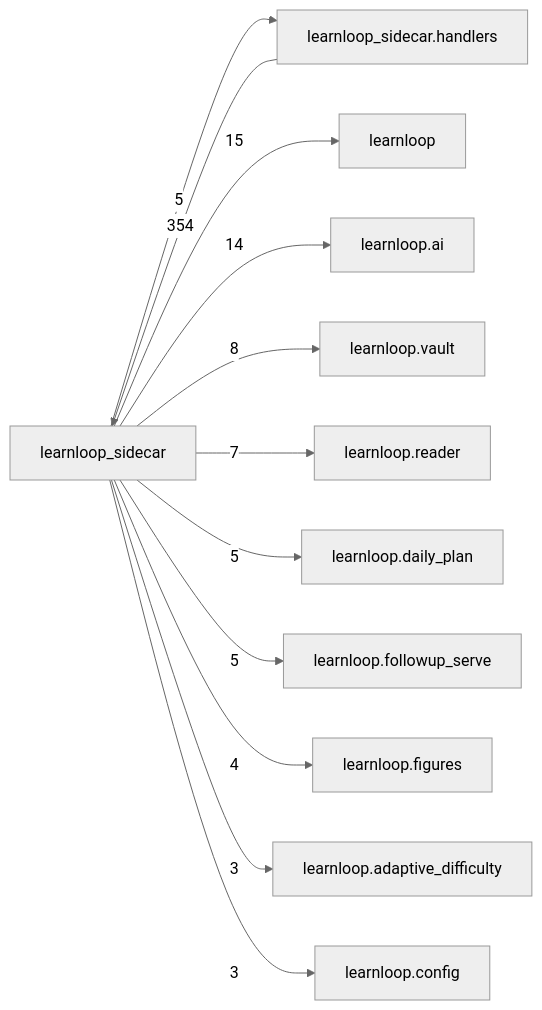
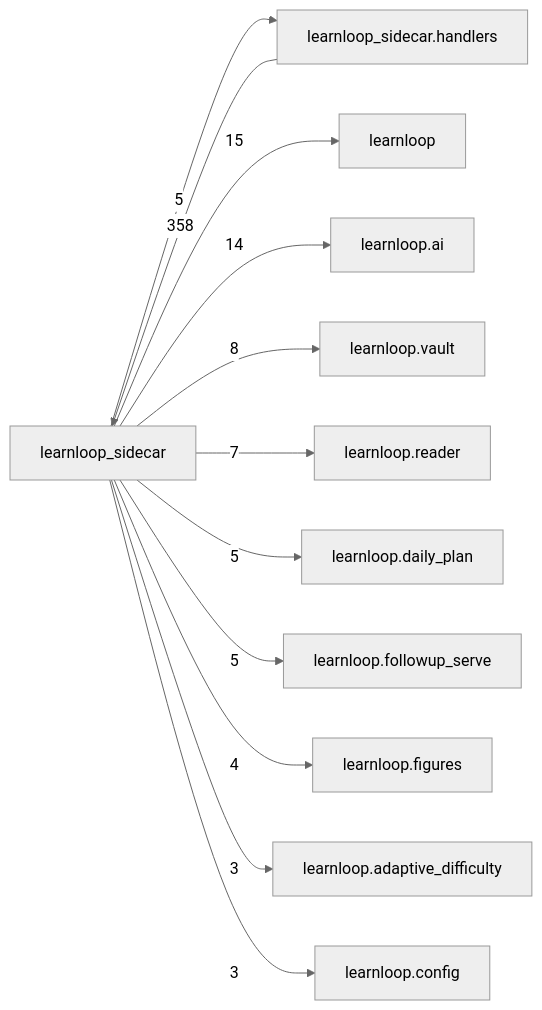
The diagram in docs/learnloop-architecture-vault/Reference/Modules/learnloop_sidecar/_package.md (6up-b/learnanything), drawn with Mermaid (neutral theme) before and after one commit. The commit also changed other lines of this file and 56 other files, not shown here.

````diff
--- a/docs/learnloop-architecture-vault/Reference/Modules/learnloop_sidecar/_package.md
+++ b/docs/learnloop-architecture-vault/Reference/Modules/learnloop_sidecar/_package.md
@@ -133,25 +133,25 @@
 ```mermaid
 flowchart LR
     center["learnloop_sidecar"]
     n_learnloop_sidecar_handlers["learnloop_sidecar.handlers"]
     n_learnloop["learnloop"]
     n_learnloop_ai["learnloop.ai"]
     n_learnloop_vault["learnloop.vault"]
     n_learnloop_reader["learnloop.reader"]
     n_learnloop_daily_plan["learnloop.daily_plan"]
     n_learnloop_followup_serve["learnloop.followup_serve"]
     n_learnloop_figures["learnloop.figures"]
     n_learnloop_adaptive_difficulty["learnloop.adaptive_difficulty"]
     n_learnloop_config["learnloop.config"]
-    n_learnloop_sidecar_handlers -->|354| center
+    n_learnloop_sidecar_handlers -->|358| center
     center -->|5| n_learnloop_sidecar_handlers
     center -->|15| n_learnloop
     center -->|14| n_learnloop_ai
     center -->|8| n_learnloop_vault
     center -->|7| n_learnloop_reader
     center -->|5| n_learnloop_daily_plan
     center -->|5| n_learnloop_followup_serve
     center -->|4| n_learnloop_figures
     center -->|3| n_learnloop_adaptive_difficulty
     center -->|3| n_learnloop_config
 ```
````
